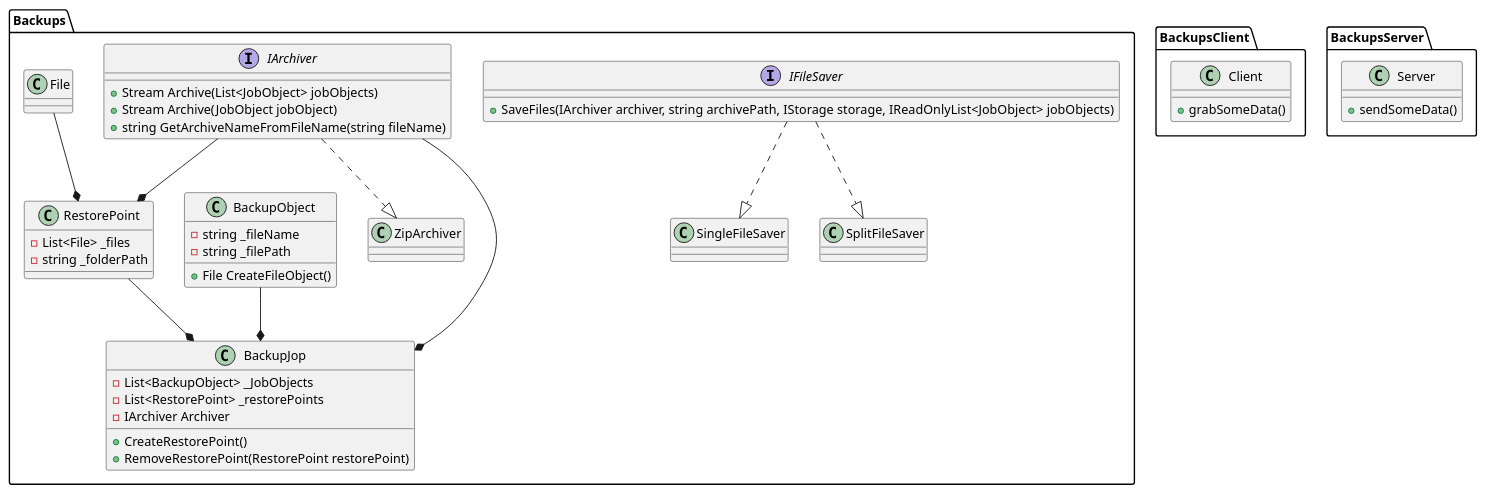
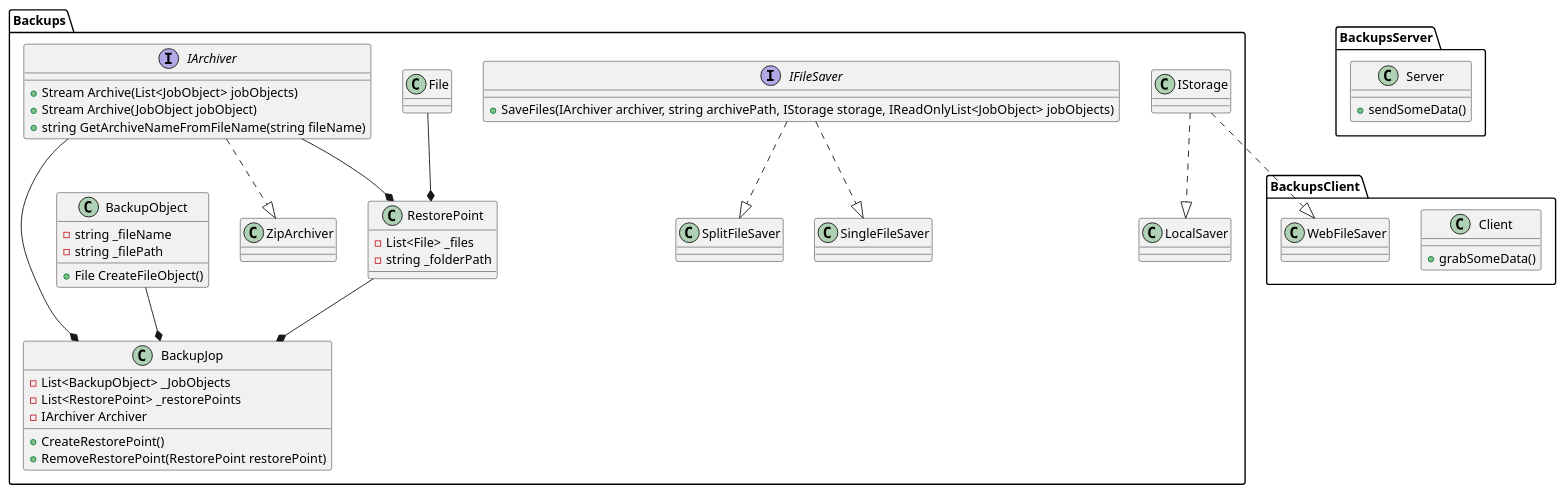
Before and after one commit to Serelllka/OOPLabs: the diagram in Backups/UML.puml, drawn with PlantUML. The commit also changed 7 other files, not shown here.

Commit message:
fix: fixes UML and some bugs

```diff
--- a/Backups/UML.puml
+++ b/Backups/UML.puml
@@ -1,62 +1,65 @@
 @startuml
 
 interface Backups.IFileSaver
 {
     +SaveFiles(IArchiver archiver, string archivePath, IStorage storage, IReadOnlyList<JobObject> jobObjects)
 }
 
 interface Backups.IArchiver
 {
     +Stream Archive(List<JobObject> jobObjects)
     +Stream Archive(JobObject jobObject)
     +string GetArchiveNameFromFileName(string fileName)
 }
 
 class Backups.ZipArchiver
 {
 }
 
 class Backups.RestorePoint
 {
     -List<File> _files
     -string _folderPath
 }
 
 class Backups.BackupObject
 {
     -string _fileName
     -string _filePath
     +File CreateFileObject()
 }
 
 class Backups.BackupJop
 {
     -List<BackupObject> _JobObjects
     -List<RestorePoint> _restorePoints
     -IArchiver Archiver
     
     +CreateRestorePoint()
     +RemoveRestorePoint(RestorePoint restorePoint)
 }
 
 class BackupsClient.Client
 {
     +grabSomeData()
 }
 
 class BackupsServer.Server
 {
     +sendSomeData()
 }
 
 Backups.IArchiver ..|> Backups.ZipArchiver
 Backups.IFileSaver ..|> Backups.SingleFileSaver
 Backups.IFileSaver ..|> Backups.SplitFileSaver
 
+Backups.IStorage ..|> Backups.LocalSaver
+Backups.IStorage ..|> BackupsClient.WebFileSaver
+
 Backups.IArchiver --* Backups.RestorePoint
 Backups.IArchiver --* Backups.BackupJop
 Backups.BackupObject --* Backups.BackupJop
 Backups.RestorePoint --* Backups.BackupJop
 Backups.File --* Backups.RestorePoint
 
 @enduml
```
